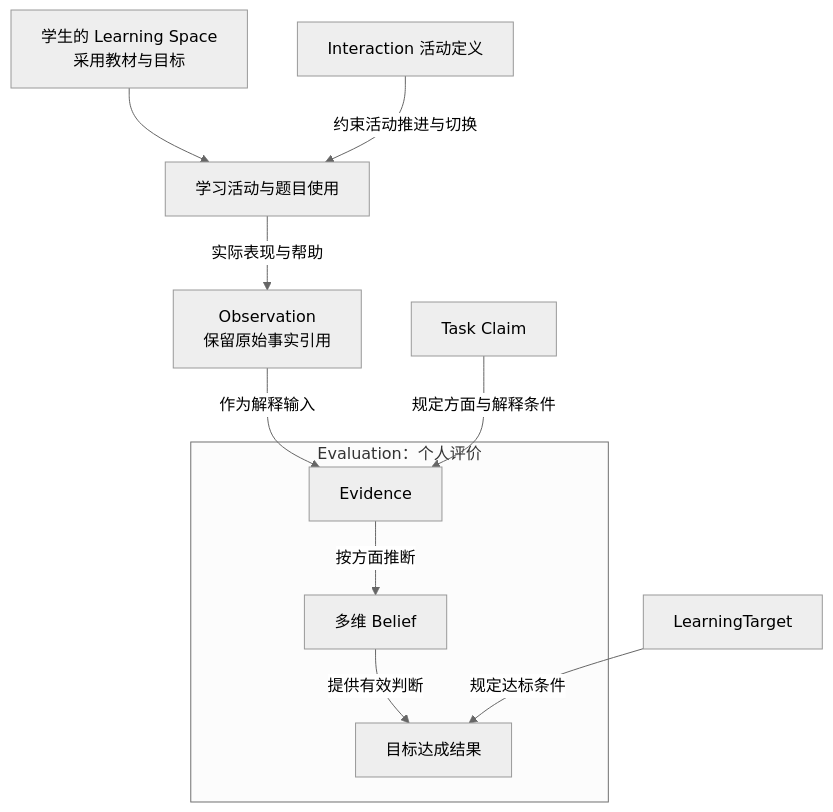
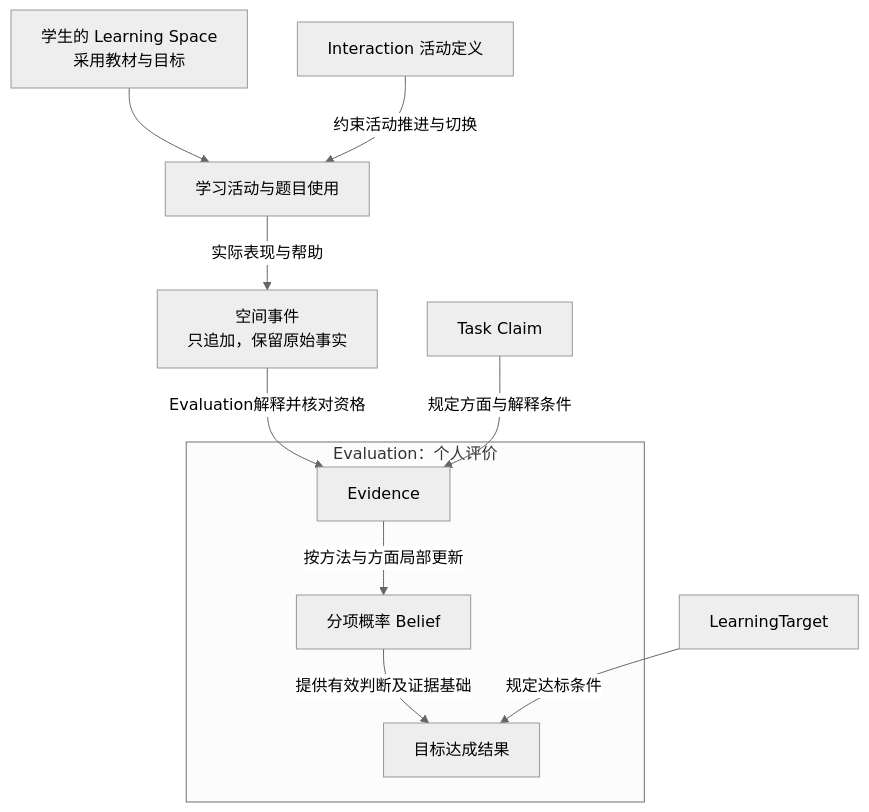
Before and after one commit to ivgotcrazy/deermind: the third of 4 diagrams in doc/mvp/m1/PRD.md, drawn with Mermaid (neutral theme). The commit also changed other lines of this file and 47 other files, not shown here.

````diff
--- a/doc/mvp/m1/PRD.md
+++ b/doc/mvp/m1/PRD.md
@@ -135,13 +136,13 @@
 ```mermaid
 flowchart TB
     LS["学生的 Learning Space<br/>采用教材与目标"] --> ACT["学习活动与题目使用"]
     TE["Interaction 活动定义"] -->|"约束活动推进与切换"| ACT
-    ACT -->|"实际表现与帮助"| O["Observation<br/>保留原始事实引用"]
-    O -->|"作为解释输入"| EV["Evidence"]
+    ACT -->|"实际表现与帮助"| O["空间事件<br/>只追加，保留原始事实"]
+    O -->|"Evaluation解释并核对资格"| EV["Evidence"]
     CL["Task Claim"] -->|"规定方面与解释条件"| EV
     subgraph E["Evaluation：个人评价"]
-        EV -->|"按方面推断"| B["多维 Belief"]
-        B -->|"提供有效判断"| TA["目标达成结果"]
+        EV -->|"按方法与方面局部更新"| B["分项概率 Belief"]
+        B -->|"提供有效判断及证据基础"| TA["目标达成结果"]
     end
     G["LearningTarget"] -->|"规定达标条件"| TA
 ```
````
